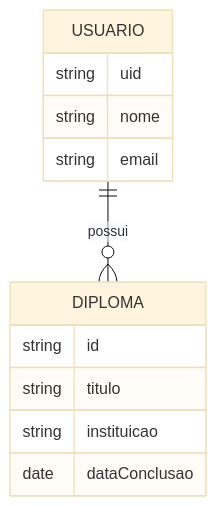
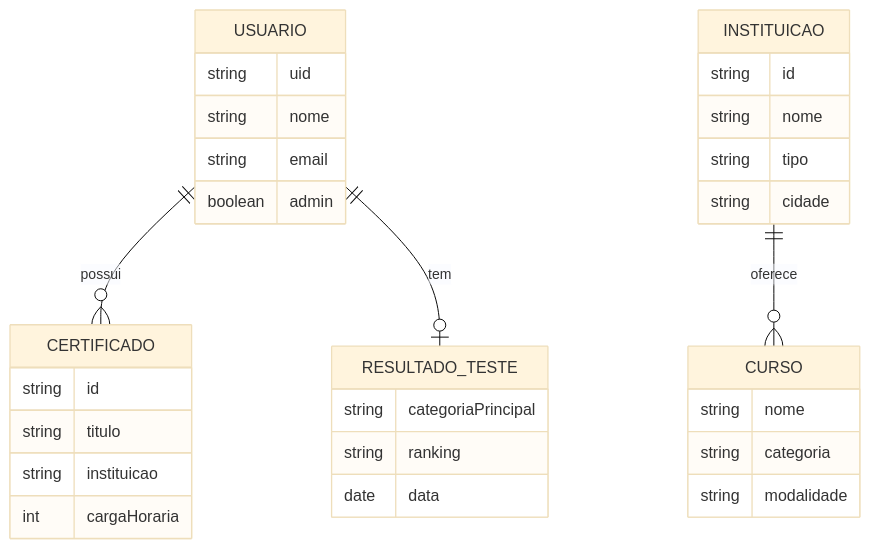
Before and after one commit to SrEscanor/Futuro-Plus: the second of 2 diagrams in README.md, drawn with Mermaid (base theme). The commit also changed other lines of this file and 27 other files, not shown here.

````diff
--- a/README.md
+++ b/README.md
@@ -70,15 +85,35 @@
 ```mermaid
 erDiagram
-    USUARIO ||--o{ DIPLOMA : possui
+    USUARIO ||--o{ CERTIFICADO : possui
+    USUARIO ||--o| RESULTADO_TESTE : tem
+    INSTITUICAO ||--o{ CURSO : oferece
+
     USUARIO {
         string uid
         string nome
         string email
+        boolean admin
     }
-    DIPLOMA {
+    CERTIFICADO {
         string id
         string titulo
         string instituicao
-        date dataConclusao
+        int cargaHoraria
+    }
+    RESULTADO_TESTE {
+        string categoriaPrincipal
+        string ranking
+        date data
+    }
+    INSTITUICAO {
+        string id
+        string nome
+        string tipo
+        string cidade
+    }
+    CURSO {
+        string nome
+        string categoria
+        string modalidade
     }
 ```
````
